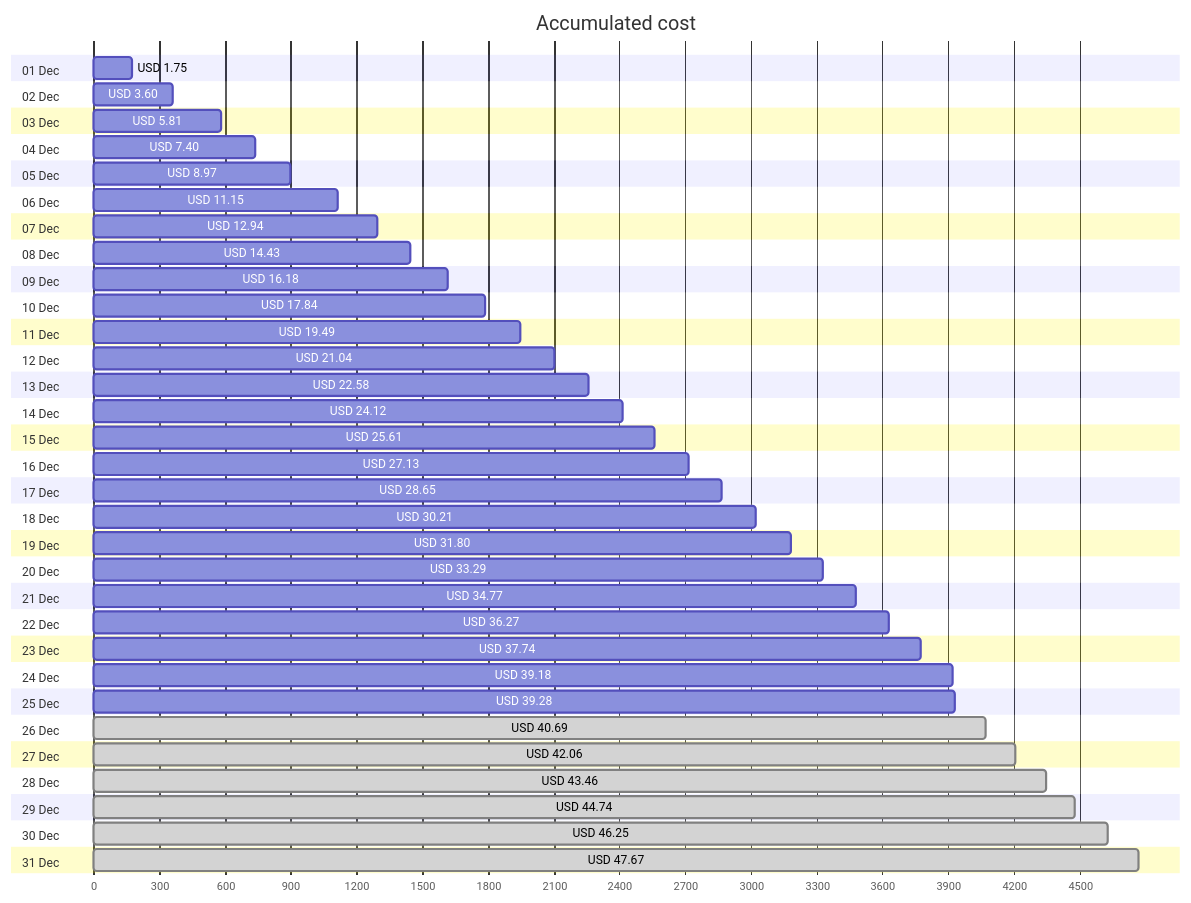
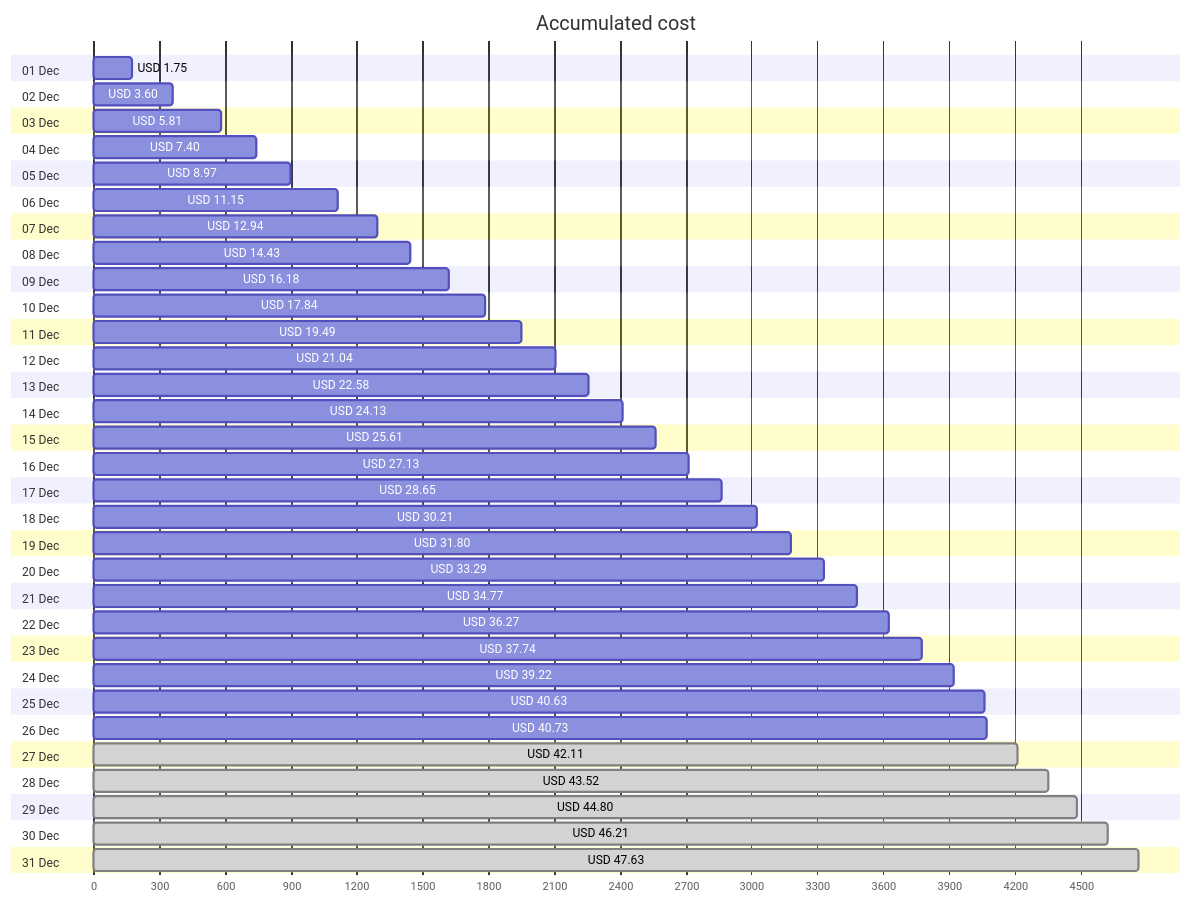
The first of 4 diagrams in cost-reports/personal-network/README.md (jpfulton/azure-personal-reports), drawn with Mermaid before and after one commit. The commit also changed other lines of this file and 8 other files, not shown here.

````diff
--- a/cost-reports/personal-network/README.md
+++ b/cost-reports/personal-network/README.md
@@ -20,68 +20,68 @@
 ```mermaid
 gantt
    title Accumulated cost
    dateFormat  X
    axisFormat %s
    section 01 Dec
    USD 1.75 :0, 175
    section 02 Dec
    USD 3.60 :0, 360
    section 03 Dec
    USD 5.81 :0, 581
    section 04 Dec
    USD 7.40 :0, 740
    section 05 Dec
    USD 8.97 :0, 897
    section 06 Dec
    USD 11.15 :0, 1115
    section 07 Dec
    USD 12.94 :0, 1294
    section 08 Dec
    USD 14.43 :0, 1443
    section 09 Dec
    USD 16.18 :0, 1618
    section 10 Dec
    USD 17.84 :0, 1784
    section 11 Dec
    USD 19.49 :0, 1949
    section 12 Dec
    USD 21.04 :0, 2104
    section 13 Dec
    USD 22.58 :0, 2258
    section 14 Dec
-   USD 24.12 :0, 2412
+   USD 24.13 :0, 2413
    section 15 Dec
    USD 25.61 :0, 2561
    section 16 Dec
    USD 27.13 :0, 2713
    section 17 Dec
    USD 28.65 :0, 2865
    section 18 Dec
    USD 30.21 :0, 3021
    section 19 Dec
    USD 31.80 :0, 3180
    section 20 Dec
    USD 33.29 :0, 3329
    section 21 Dec
    USD 34.77 :0, 3477
    section 22 Dec
    USD 36.27 :0, 3627
    section 23 Dec
    USD 37.74 :0, 3774
    section 24 Dec
-   USD 39.18 :0, 3918
+   USD 39.22 :0, 3922
    section 25 Dec
-   USD 39.28 :0, 3928
+   USD 40.63 :0, 4063
    section 26 Dec
-   USD 40.69 : done, 0, 4069
+   USD 40.73 :0, 4073
    section 27 Dec
-   USD 42.06 : done, 0, 4206
+   USD 42.11 : done, 0, 4211
    section 28 Dec
-   USD 43.46 : done, 0, 4346
+   USD 43.52 : done, 0, 4352
    section 29 Dec
-   USD 44.74 : done, 0, 4474
+   USD 44.80 : done, 0, 4480
    section 30 Dec
-   USD 46.25 : done, 0, 4625
+   USD 46.21 : done, 0, 4621
    section 31 Dec
-   USD 47.67 : done, 0, 4767
+   USD 47.63 : done, 0, 4763
 ```
````
